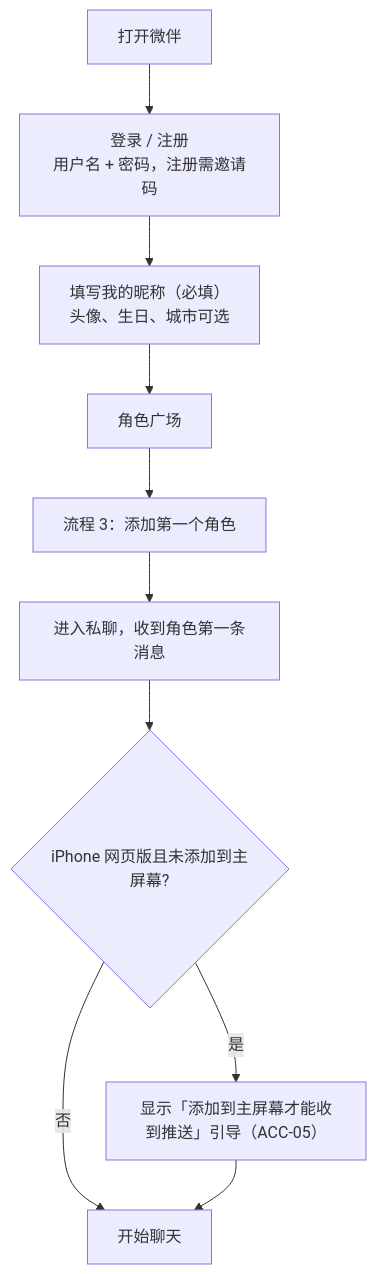
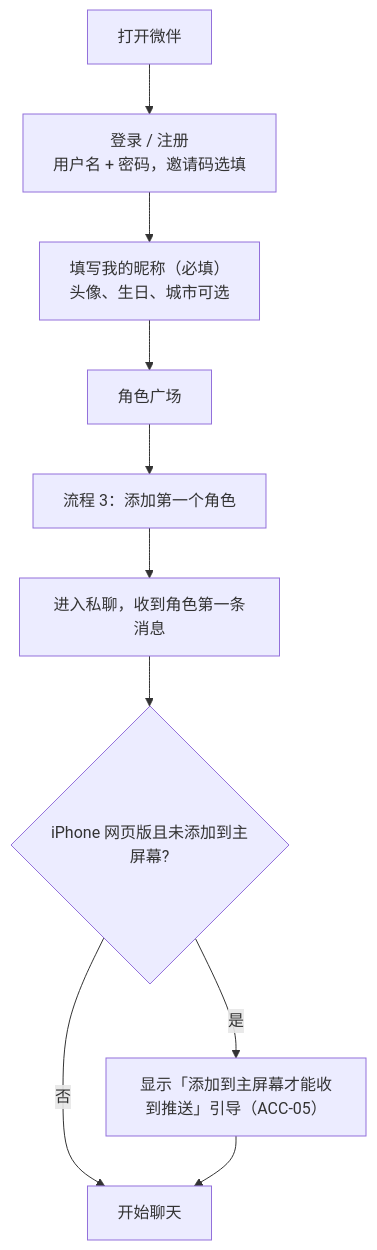
One commit to yottermanzione-ship-it/weiban changed the diagram in docs/product/user-flows.md. Above: the diagram before and after it, drawn with Mermaid. The commit also changed 18 other files, not shown here.

````diff
--- a/docs/product/user-flows.md
+++ b/docs/product/user-flows.md
@@ -29,12 +29,12 @@
 ```mermaid
 flowchart TD
-  A[打开微伴] --> B[登录 / 注册<br/>用户名 + 密码，注册需邀请码]
+  A[打开微伴] --> B[登录 / 注册<br/>用户名 + 密码，邀请码选填]
   B --> C[填写我的昵称（必填）<br/>头像、生日、城市可选]
   C --> F[角色广场]
   F --> G[流程 3：添加第一个角色]
   G --> H[进入私聊，收到角色第一条消息]
   H --> I{iPhone 网页版且未添加到主屏幕?}
   I -- 是 --> J[显示「添加到主屏幕才能收到推送」引导（ACC-05）]
   I -- 否 --> K[开始聊天]
   J --> K
 ```
````
